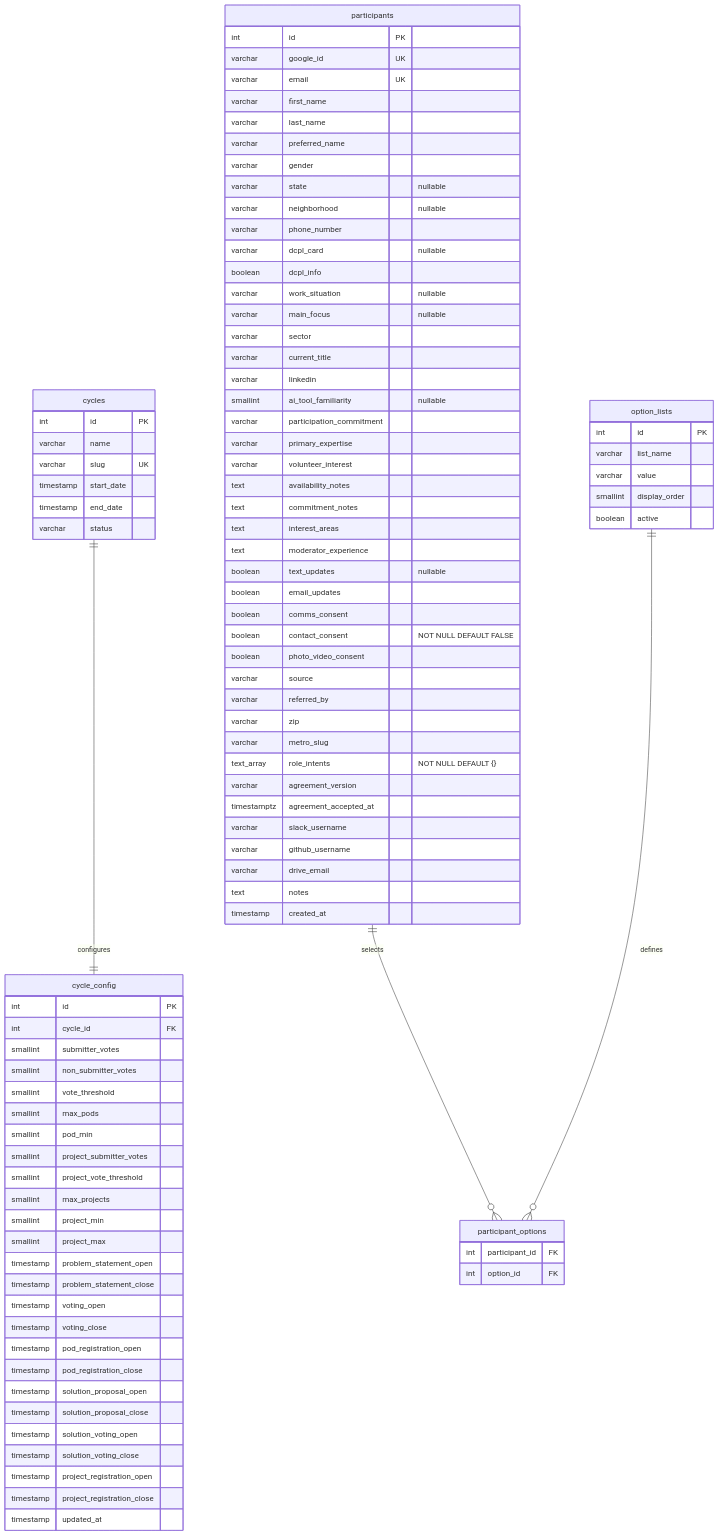
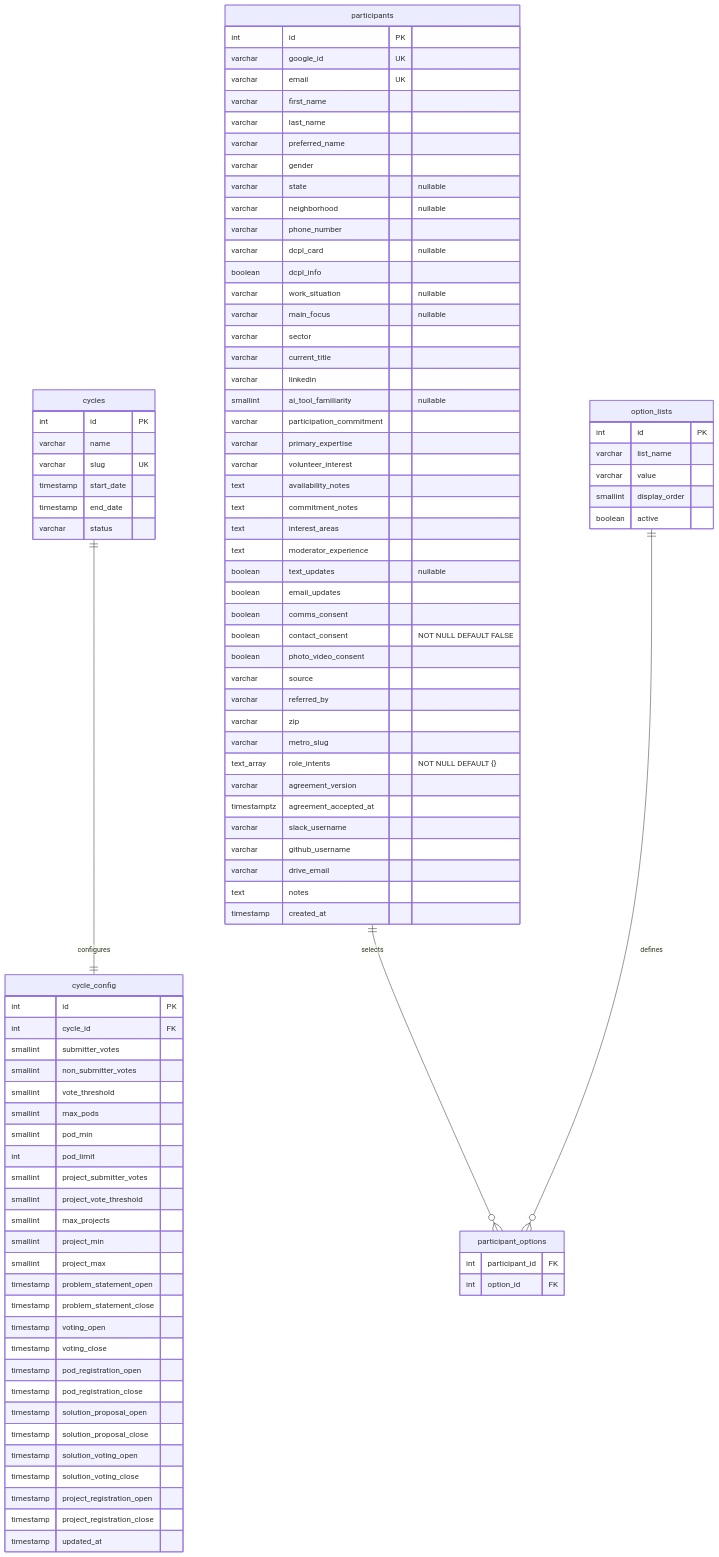
Before and after one commit to TheUpskillingLabs/OLOS: the second of 7 diagrams in SCHEMA.md, drawn with Mermaid. The commit also changed other lines of this file and 15 other files, not shown here.

```diff
--- a/SCHEMA.md
+++ b/SCHEMA.md
@@ -57,6 +59,7 @@
         smallint vote_threshold
         smallint max_pods
         smallint pod_min
+        int pod_limit
         smallint project_submitter_votes
         smallint project_vote_threshold
         smallint max_projects
```
